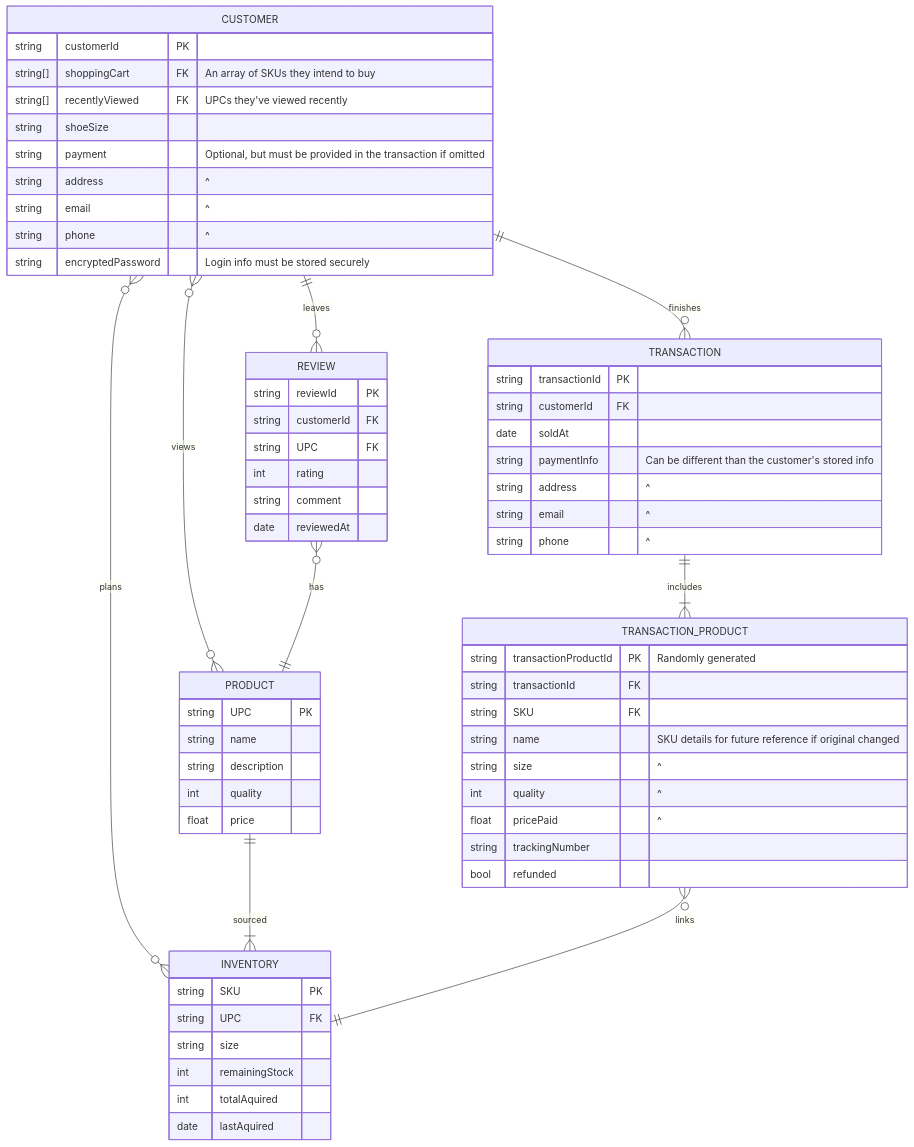
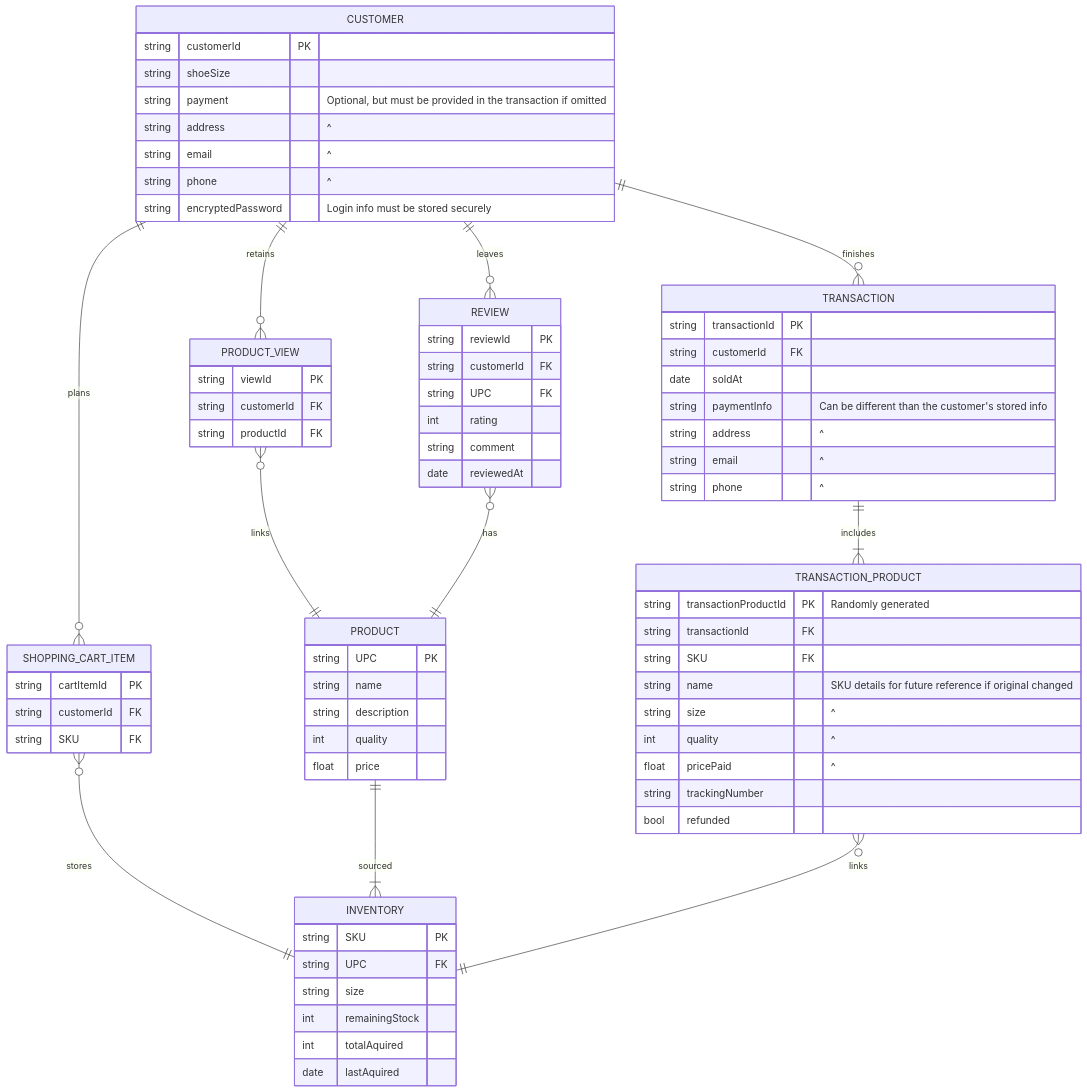
Before and after one commit to alpuseySP2025/alpuseySP2025.github.io: the diagram in NikeStore_ERD.md, drawn with Mermaid. The commit also changed other lines of this file, not shown here.

Commit message:
make things more relational
Made shopping cart and recently viewed products their own things, both linked to the user. this makes it so the user object doesn't have to be updated every time they view a product or modify their cart.

````diff
--- a/NikeStore_ERD.md
+++ b/NikeStore_ERD.md
@@ -4,65 +4,75 @@
 ```mermaid
 erDiagram
-    CUSTOMER }o--o{ PRODUCT: views
-    CUSTOMER }o--o{ INVENTORY: plans
+    CUSTOMER ||--o{ PRODUCT_VIEW: retains
+    PRODUCT_VIEW }o--|| PRODUCT: links
+    CUSTOMER ||--o{ SHOPPING_CART_ITEM: plans
+    SHOPPING_CART_ITEM }o--|| INVENTORY: stores
     PRODUCT ||--|{ INVENTORY: sourced
     CUSTOMER ||--o{ TRANSACTION: finishes
     TRANSACTION ||--|{ TRANSACTION_PRODUCT: includes
     TRANSACTION_PRODUCT }o--|| INVENTORY: links
     CUSTOMER ||--o{ REVIEW: leaves
     REVIEW }o--|| PRODUCT: has
     CUSTOMER {
         string customerId PK
-        string[] shoppingCart FK "An array of SKUs they intend to buy"
-        string[] recentlyViewed FK "UPCs they've viewed recently"
         string shoeSize
         string payment "Optional, but must be provided in the transaction if omitted"
         string address "^"
         string email "^"
         string phone "^"
         string encryptedPassword "Login info must be stored securely"
     }
     TRANSACTION {
         string transactionId PK
         string customerId FK
         date soldAt
         string paymentInfo "Can be different than the customer's stored info"
         string address "^"
         string email "^"
         string phone "^"
     }
     TRANSACTION_PRODUCT {
         string transactionProductId PK "Randomly generated"
         string transactionId FK
         string SKU FK
         string name "SKU details for future reference if original changed"
         string size "^"
         int quality "^"
         float pricePaid "^"
         string trackingNumber
         bool refunded
     }
      PRODUCT {
         string UPC PK
         string name
         string description
         int quality
         float price
     }
     REVIEW {
         string reviewId PK
         string customerId FK
         string UPC FK
         int rating
         string comment
         date reviewedAt
     }
+    PRODUCT_VIEW {
+        string viewId PK
+        string customerId FK
+        string productId FK
+    }
+    SHOPPING_CART_ITEM {
+        string cartItemId PK
+        string customerId FK
+        string SKU FK
+    }
     INVENTORY {
         string SKU PK
         string UPC FK
         string size
         int remainingStock
         int totalAquired
         date lastAquired
     }
 ```
````
